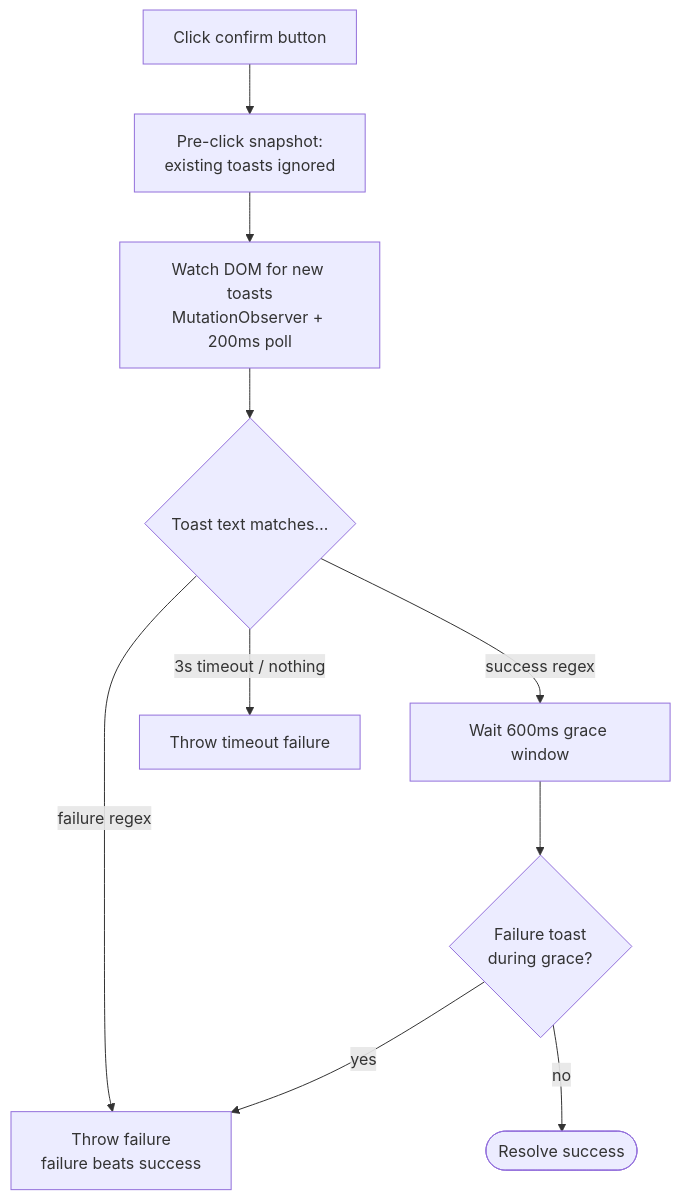
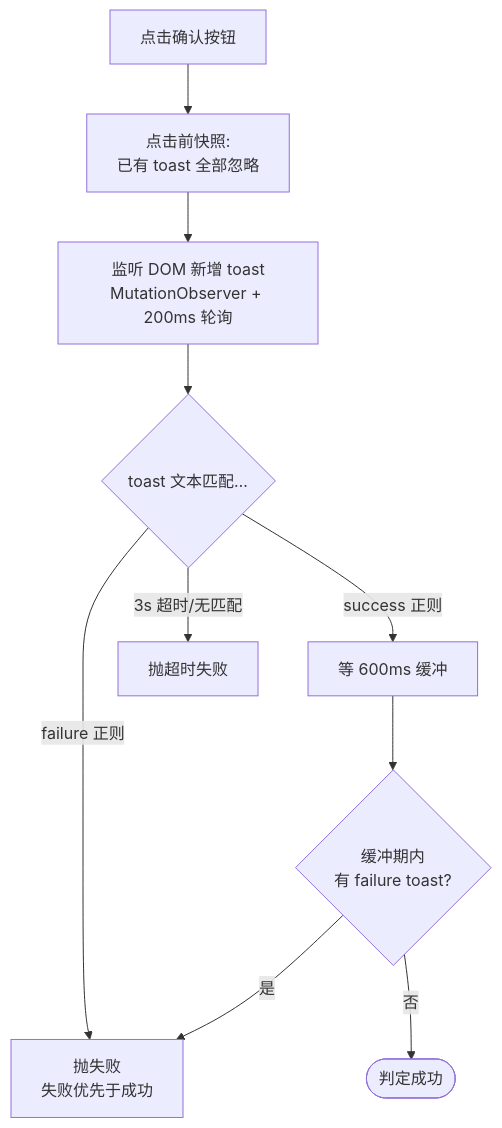
Before and after one commit to scstc/page-agent: the third of 3 diagrams in packages/page-agent/docs/scripted-flow.md, drawn with Mermaid. The commit also changed other lines of this file, not shown here.

First line of the commit message:
docs(page-agent): translate scripted-flow doc to Chinese

````diff
--- a/packages/page-agent/docs/scripted-flow.md
+++ b/packages/page-agent/docs/scripted-flow.md
@@ -200,13 +188,13 @@
 ```mermaid
 flowchart TD
-    Start[Click confirm button] --> Snap[Pre-click snapshot:<br/>existing toasts ignored]
-    Snap --> Watch[Watch DOM for new toasts<br/>MutationObserver + 200ms poll]
-    Watch --> Match{Toast text matches…}
+    Start[点击确认按钮] --> Snap[点击前快照:<br/>已有 toast 全部忽略]
+    Snap --> Watch[监听 DOM 新增 toast<br/>MutationObserver + 200ms 轮询]
+    Watch --> Match{toast 文本匹配…}
 
-    Match -- failure regex --> FailWin[Throw failure<br/>failure beats success]
-    Match -- success regex --> Grace[Wait 600ms grace window]
-    Grace --> Recheck{Failure toast<br/>during grace?}
-    Recheck -- yes --> FailWin
-    Recheck -- no --> Success([Resolve success])
-    Match -- 3s timeout / nothing --> TimeoutFail[Throw timeout failure]
+    Match -- failure 正则 --> FailWin[抛失败<br/>失败优先于成功]
+    Match -- success 正则 --> Grace[等 600ms 缓冲]
+    Grace --> Recheck{缓冲期内<br/>有 failure toast?}
+    Recheck -- 是 --> FailWin
+    Recheck -- 否 --> Success([判定成功])
+    Match -- 3s 超时/无匹配 --> TimeoutFail[抛超时失败]
 ```
````
